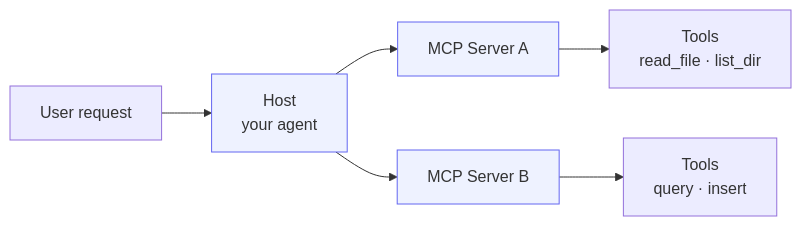
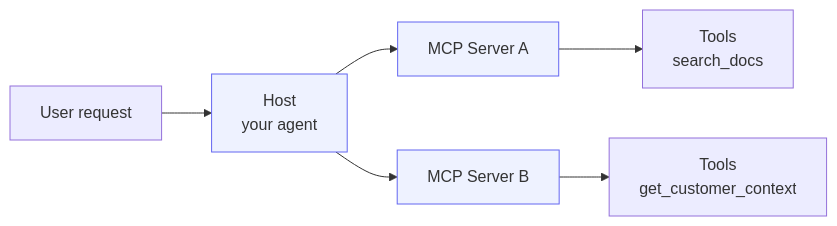
One commit to confident-ai/confident-docs changed the first of 4 diagrams in fern/docs/pages/guides/evaluating-mcp.mdx. Above: the diagram before and after it, drawn with Mermaid. The commit also changed other lines of this file, not shown here.

````diff
--- a/fern/docs/pages/guides/evaluating-mcp.mdx
+++ b/fern/docs/pages/guides/evaluating-mcp.mdx
@@ -12,12 +12,12 @@
 ```mermaid
 graph LR
     U["User request"] --> H["Host<br/>your agent"]
     H --> S1["MCP Server A"]
     H --> S2["MCP Server B"]
-    S1 --> T1["Tools<br/>read_file · list_dir"]
-    S2 --> T2["Tools<br/>query · insert"]
+    S1 --> T1["Tools<br/>search_docs"]
+    S2 --> T2["Tools<br/>get_customer_context"]
 
     style H fill:#eef2ff,stroke:#6366f1
     style S1 fill:#eef2ff,stroke:#6366f1
     style S2 fill:#eef2ff,stroke:#6366f1
 ```
````
